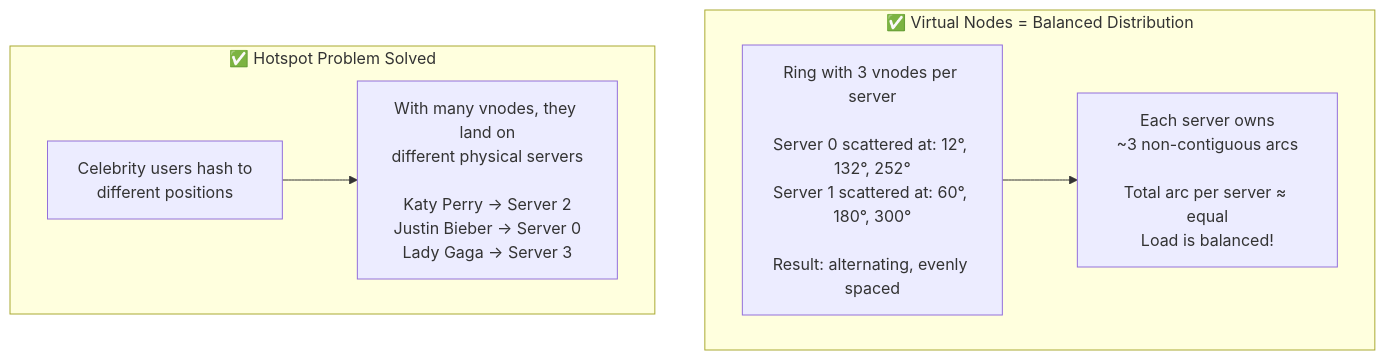
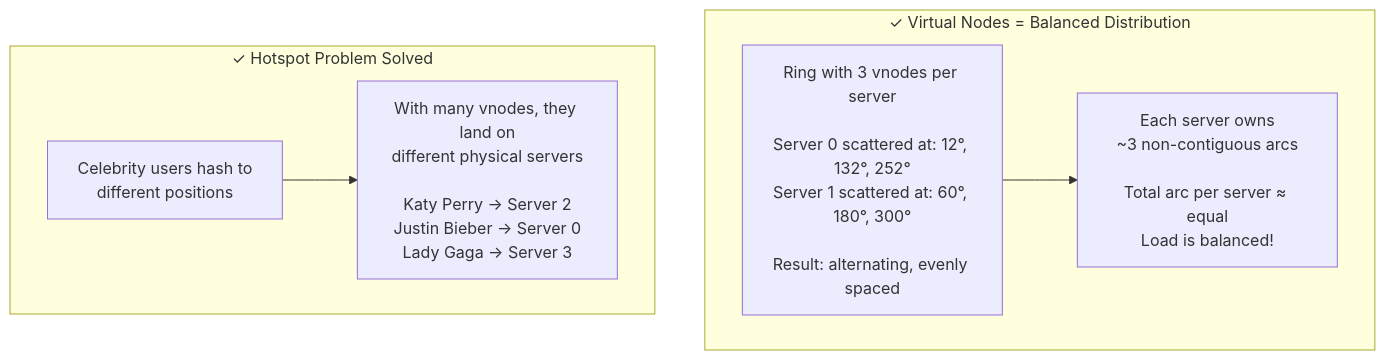
One commit to devops-monk/system-design-blog changed diagram 12 of 23 in content/posts/2026/design-consistent-hashing.md. Above: the diagram before and after it, drawn with Mermaid. The commit also changed other lines of this file and 5 other files, not shown here.

````diff
--- a/content/posts/2026/design-consistent-hashing.md
+++ b/content/posts/2026/design-consistent-hashing.md
@@ -413,16 +453,16 @@
 ```mermaid
 graph TD
-    subgraph BALANCED["✅ Virtual Nodes = Balanced Distribution"]
+    subgraph BALANCED["✓ Virtual Nodes = Balanced Distribution"]
         direction LR
         A["Ring with 3 vnodes per server\n\nServer 0 scattered at: 12°, 132°, 252°\nServer 1 scattered at: 60°, 180°, 300°\n\nResult: alternating, evenly spaced"]
         B["Each server owns\n~3 non-contiguous arcs\n\nTotal arc per server ≈ equal\nLoad is balanced!"]
         A --> B
     end
 
-    subgraph HOTSPOT["✅ Hotspot Problem Solved"]
+    subgraph HOTSPOT["✓ Hotspot Problem Solved"]
         direction LR
         C["Celebrity users hash to\ndifferent positions"]
         D["With many vnodes, they land on\ndifferent physical servers\n\nKaty Perry → Server 2\nJustin Bieber → Server 0\nLady Gaga → Server 3"]
         C --> D
     end
 ```
````
